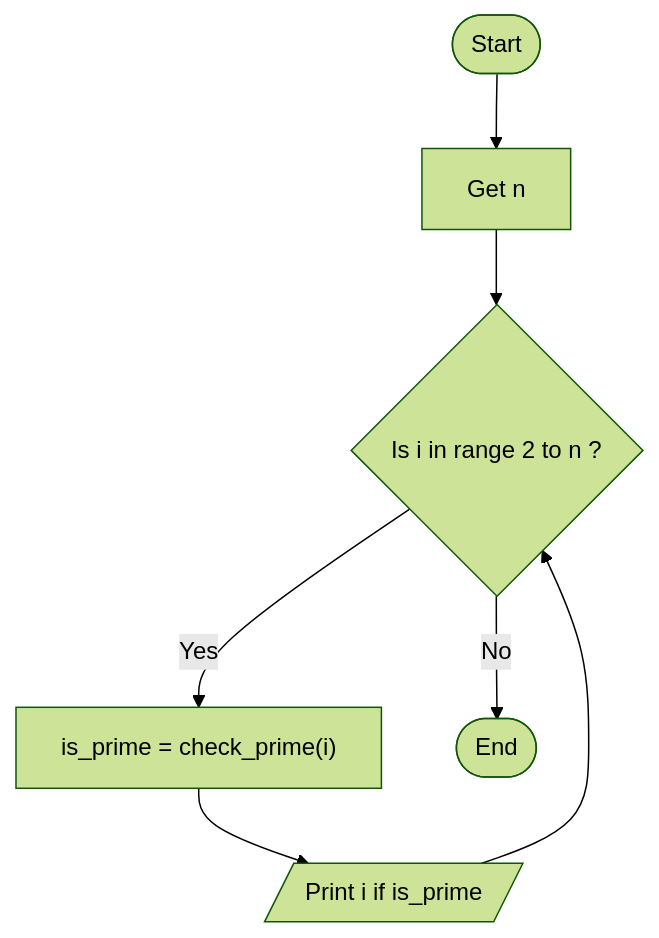
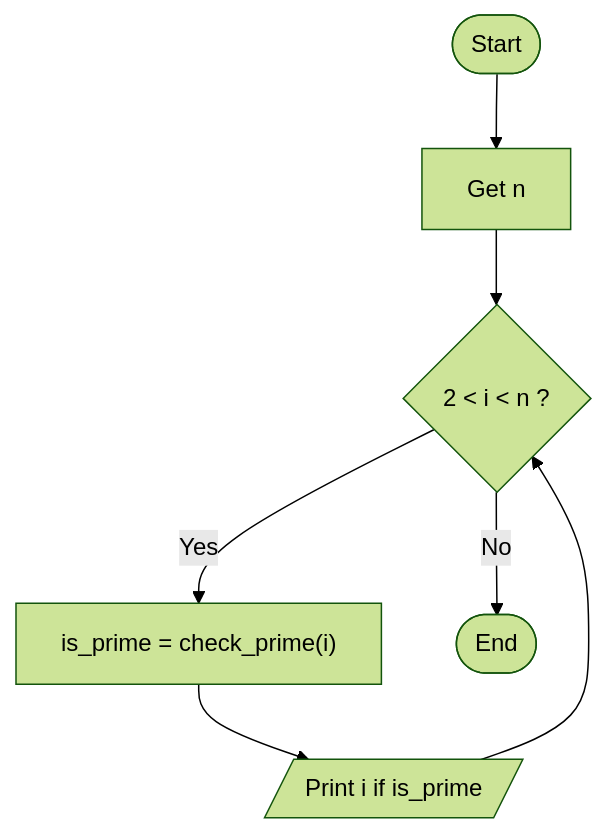
The diagram in helps/exercise-5-2.md (hayyaun/kids), drawn with Mermaid (forest theme) before and after one commit.

````diff
--- a/helps/exercise-5-2.md
+++ b/helps/exercise-5-2.md
@@ -27,13 +27,13 @@
 ```mermaid
 flowchart TD
     A("Start") --> C["Get n"]
     F["is_prime = check_prime(i)"] --> G["Print i if is_prime"]
-    E{"Is i in range 2 to n ?"} -- No --> L("End")
+    E{"2 < i < n ?"} -- No --> L("End")
     C --> E
     E -- Yes --> F
     G --> E
 
     G@{ shape: in-out}
     L@{ shape: terminal}
     A@{ shape: terminal}
 ```
````
